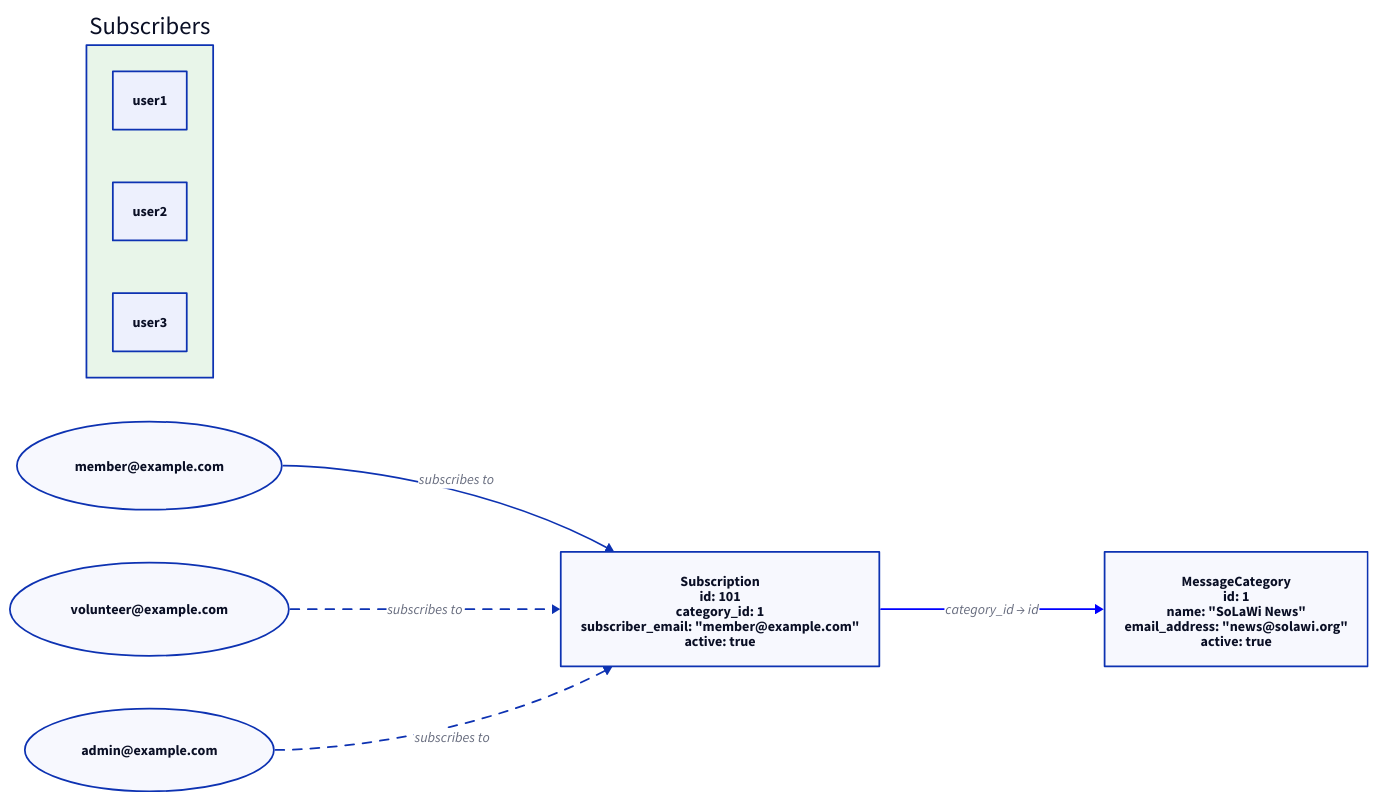
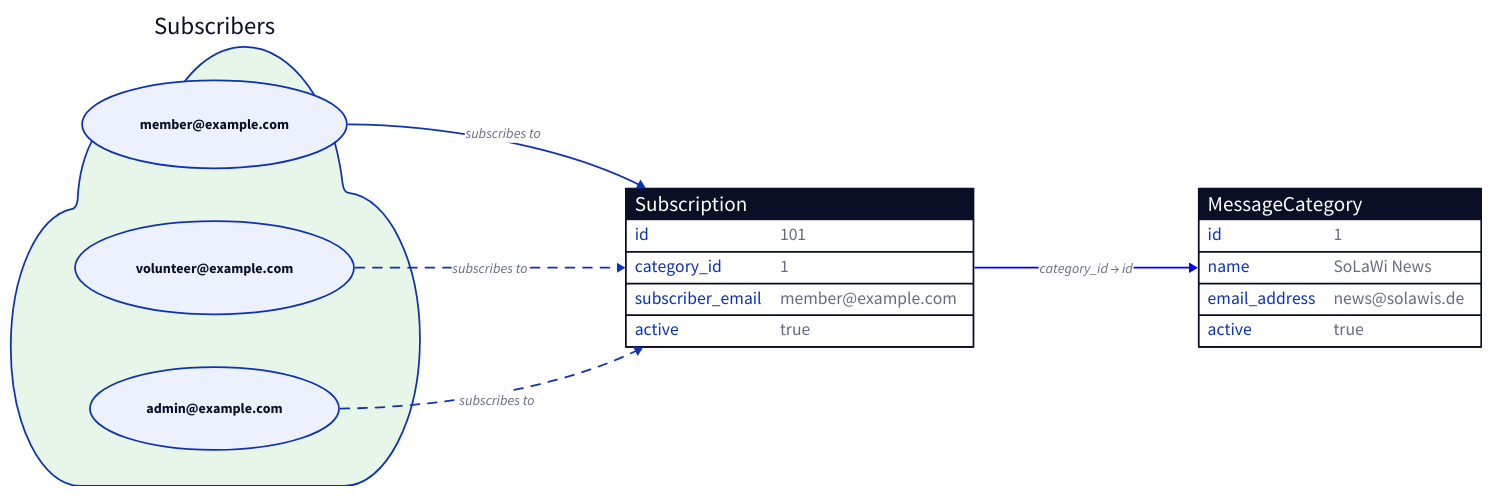
Before and after one commit to enaut/kommunikationszentrum: the diagram in docs/src/email/categories-subscription-relationship.d2, drawn with D2. The commit also changed 12 other files, not shown here.

```diff
--- a/docs/src/email/categories-subscription-relationship.d2
+++ b/docs/src/email/categories-subscription-relationship.d2
@@ -1,23 +1,31 @@
 direction: right
 
-categories: "MessageCategory\nid: 1\nname: \"SoLaWi News\"\nemail_address: \"news@solawi.org\"\nactive: true"
-subscriptions: "Subscription\nid: 101\ncategory_id: 1\nsubscriber_email: \"member@example.com\"\nactive: true"
+categories: "MessageCategory" {
+    shape: sql_table
+    id: 1
+    name: "SoLaWi News"
+    email_address: "news@solawis.de"
+    active: true
+}
+subscriptions: "Subscription"{
+    shape: sql_table
+    id: 101
+    category_id: 1
+    subscriber_email: "member@example.com"
+    active: true
+}
 
-subscriptions -> categories: "category_id → id" {
+subscriptions.category_id -> categories.id: "category_id → id" {
   style.stroke: blue
 }
+subscribers: "Subscribers" {
+  shape: cloud
+  style.fill: "#e8f5e9"
+  user1: "member@example.com" { shape: oval }
+  user2: "volunteer@example.com" { shape: oval }
+  user3: "admin@example.com" { shape: oval }
+}
 
-user1: "member@example.com" { shape: oval }
-user2: "volunteer@example.com" { shape: oval }
-user3: "admin@example.com" { shape: oval }
-
-user1 -> subscriptions: "subscribes to"
-user2 -> subscriptions: "subscribes to" { style.stroke-dash: 5 }
-user3 -> subscriptions: "subscribes to" { style.stroke-dash: 5 }
-
-subscribers: "Subscribers" {
-  style.fill: "#e8f5e9"
-  user1
-  user2
-  user3
-}
+subscribers.user1 -> subscriptions: "subscribes to"
+subscribers.user2 -> subscriptions: "subscribes to" { style.stroke-dash: 5 }
+subscribers.user3 -> subscriptions: "subscribes to" { style.stroke-dash: 5 }
```
